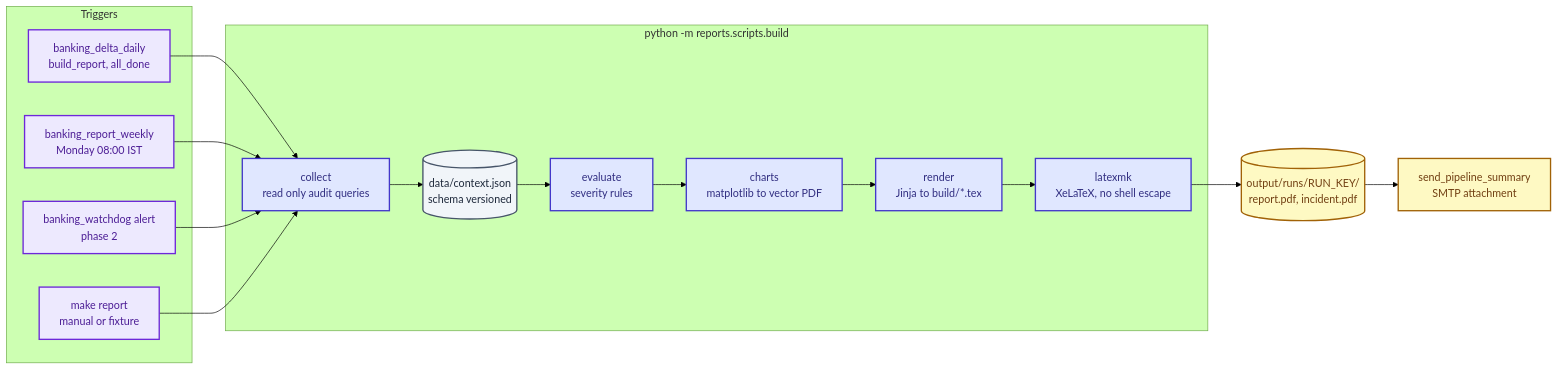
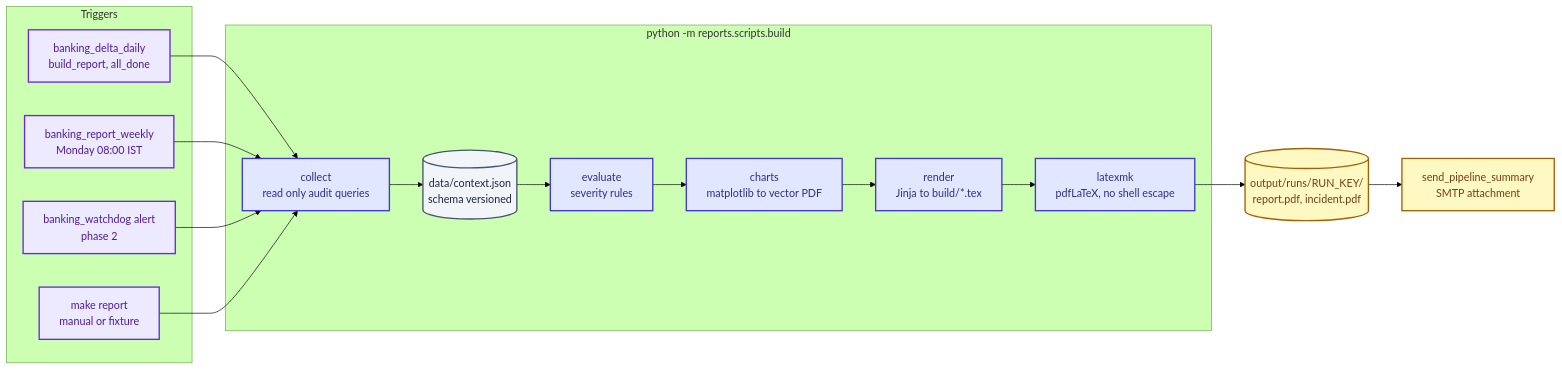
One commit to Nitinx12/Banking-Delta-Lakehouse changed the first of 2 diagrams in docs/REPORTING.md. Above: the diagram before and after it, drawn with Mermaid (forest theme). The commit also changed other lines of this file and 53 other files, not shown here.

````diff
--- a/docs/REPORTING.md
+++ b/docs/REPORTING.md
@@ -38,37 +38,37 @@
 ```mermaid
 flowchart LR
     subgraph TRIG["Triggers"]
         T1["banking_delta_daily<br/>build_report, all_done"]
         T2["banking_report_weekly<br/>Monday 08:00 IST"]
         T3["banking_watchdog alert<br/>phase 2"]
         T4["make report<br/>manual or fixture"]
     end
 
     subgraph BUILD["python -m reports.scripts.build"]
         COL["collect<br/>read only audit queries"]
         CTX[("data/context.json<br/>schema versioned")]
         EVAL["evaluate<br/>severity rules"]
         FIG["charts<br/>matplotlib to vector PDF"]
         REN["render<br/>Jinja to build/*.tex"]
-        TEX["latexmk<br/>XeLaTeX, no shell escape"]
+        TEX["latexmk<br/>pdfLaTeX, no shell escape"]
     end
 
     PDF[("output/runs/RUN_KEY/<br/>report.pdf, incident.pdf")]
     MAIL["send_pipeline_summary<br/>SMTP attachment"]
 
     T1 --> COL
     T2 --> COL
     T3 --> COL
     T4 --> COL
     COL --> CTX --> EVAL
     EVAL --> FIG --> REN --> TEX --> PDF --> MAIL
 
     classDef trig fill:#ede9fe,stroke:#6d28d9,color:#4c1d95,stroke-width:2px
     classDef step fill:#e0e7ff,stroke:#4338ca,color:#312e81,stroke-width:2px
     classDef audit fill:#f1f5f9,stroke:#475569,color:#1e293b,stroke-width:2px
     classDef out fill:#fef9c3,stroke:#a16207,color:#713f12,stroke-width:2px
     class T1,T2,T3,T4 trig
     class COL,EVAL,FIG,REN,TEX step
     class CTX audit
     class PDF,MAIL out
 ```
````
